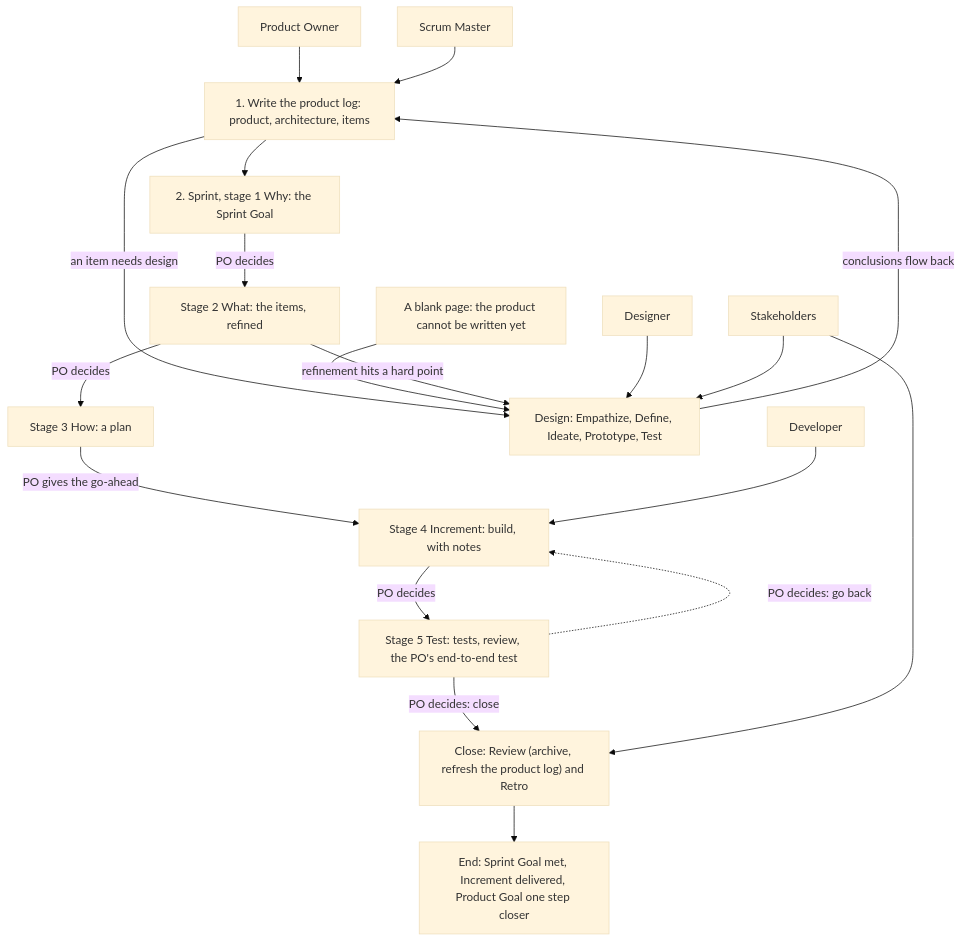
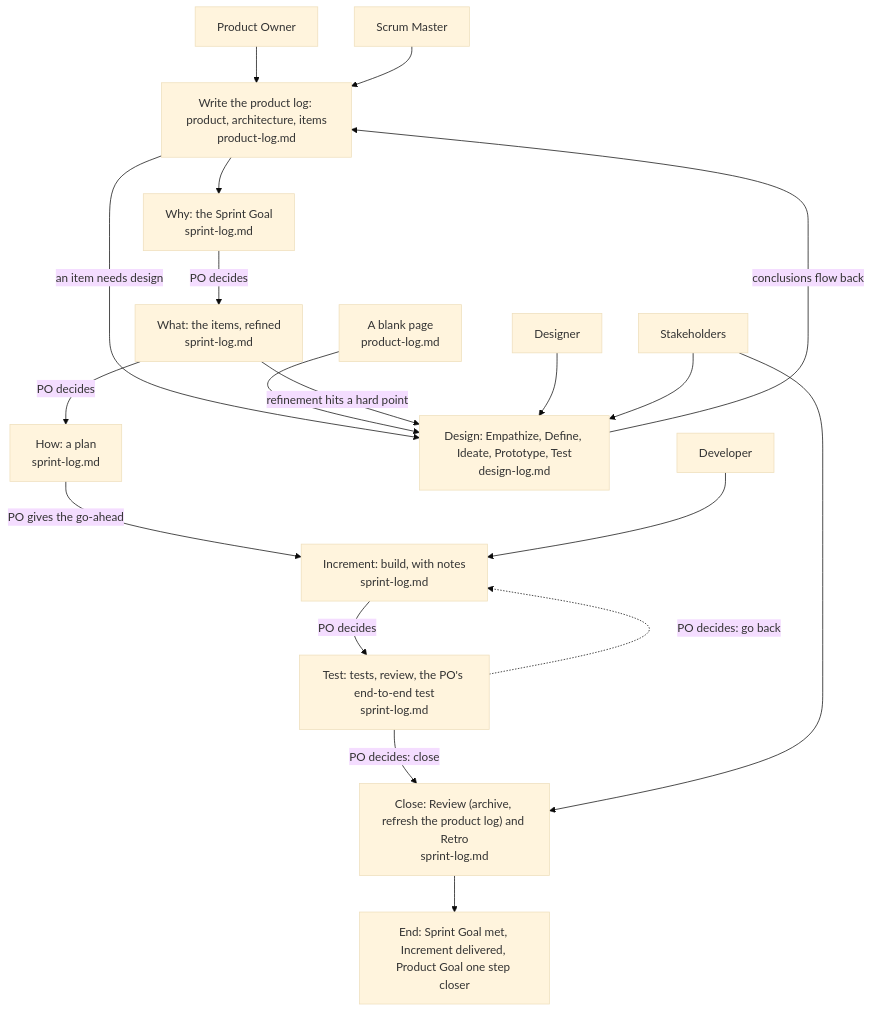
One commit to seapawn1/IDEO-Scrum changed the diagram in plugins/ideo-scrum/skills/scrum-kernel/overview.md. Above: the diagram before and after it, drawn with Mermaid (base theme). The commit also changed other lines of this file and 7 other files, not shown here.

First line of the commit message:
fix(PBI-49): 照 Master 的对抗审查清单改插件文字（条号还没重排）——发散必含 IDEO 方法、删 design-log 9、阶段拍板与保鲜与白纸判断各只留一处、overview 工作材料单列一条、两份 SKILL.md 补白纸指向和先读约定

````diff
--- a/plugins/ideo-scrum/skills/scrum-kernel/overview.md
+++ b/plugins/ideo-scrum/skills/scrum-kernel/overview.md
@@ -14,26 +14,26 @@
 ```mermaid
 flowchart TD
     PO["Product Owner"]
     SM["Scrum Master"]
     DEV["Developer"]
     DES["Designer"]
     SH["Stakeholders"]
-    PO --> A["1. Write the product log: product, architecture, items"]
+    PO --> A["Write the product log: product, architecture, items<br/>product-log.md"]
     SM --> A
-    A -- "an item needs design" --> X["Design: Empathize, Define, Ideate, Prototype, Test"]
-    BP["A blank page: the product cannot be written yet"] --> X
-    A --> S1["2. Sprint, stage 1 Why: the Sprint Goal"]
-    S1 -- "PO decides" --> S2["Stage 2 What: the items, refined"]
+    A -- "an item needs design" --> X["Design: Empathize, Define, Ideate, Prototype, Test<br/>design-log.md"]
+    BP["A blank page<br/>product-log.md"] --> X
+    A --> S1["Why: the Sprint Goal<br/>sprint-log.md"]
+    S1 -- "PO decides" --> S2["What: the items, refined<br/>sprint-log.md"]
     S2 -- "refinement hits a hard point" --> X
-    S2 -- "PO decides" --> S3["Stage 3 How: a plan"]
-    S3 -- "PO gives the go-ahead" --> S4["Stage 4 Increment: build, with notes"]
+    S2 -- "PO decides" --> S3["How: a plan<br/>sprint-log.md"]
+    S3 -- "PO gives the go-ahead" --> S4["Increment: build, with notes<br/>sprint-log.md"]
     DEV --> S4
-    S4 -- "PO decides" --> S5["Stage 5 Test: tests, review, the PO's end-to-end test"]
+    S4 -- "PO decides" --> S5["Test: tests, review, the PO's end-to-end test<br/>sprint-log.md"]
     S5 -. "PO decides: go back" .-> S4
-    S5 -- "PO decides: close" --> V["Close: Review (archive, refresh the product log) and Retro"]
+    S5 -- "PO decides: close" --> V["Close: Review (archive, refresh the product log) and Retro<br/>sprint-log.md"]
     DES --> X
     SH --> X
     SH --> V
     X -- "conclusions flow back" --> A
     V --> E["End: Sprint Goal met, Increment delivered, Product Goal one step closer"]
 ```
````
